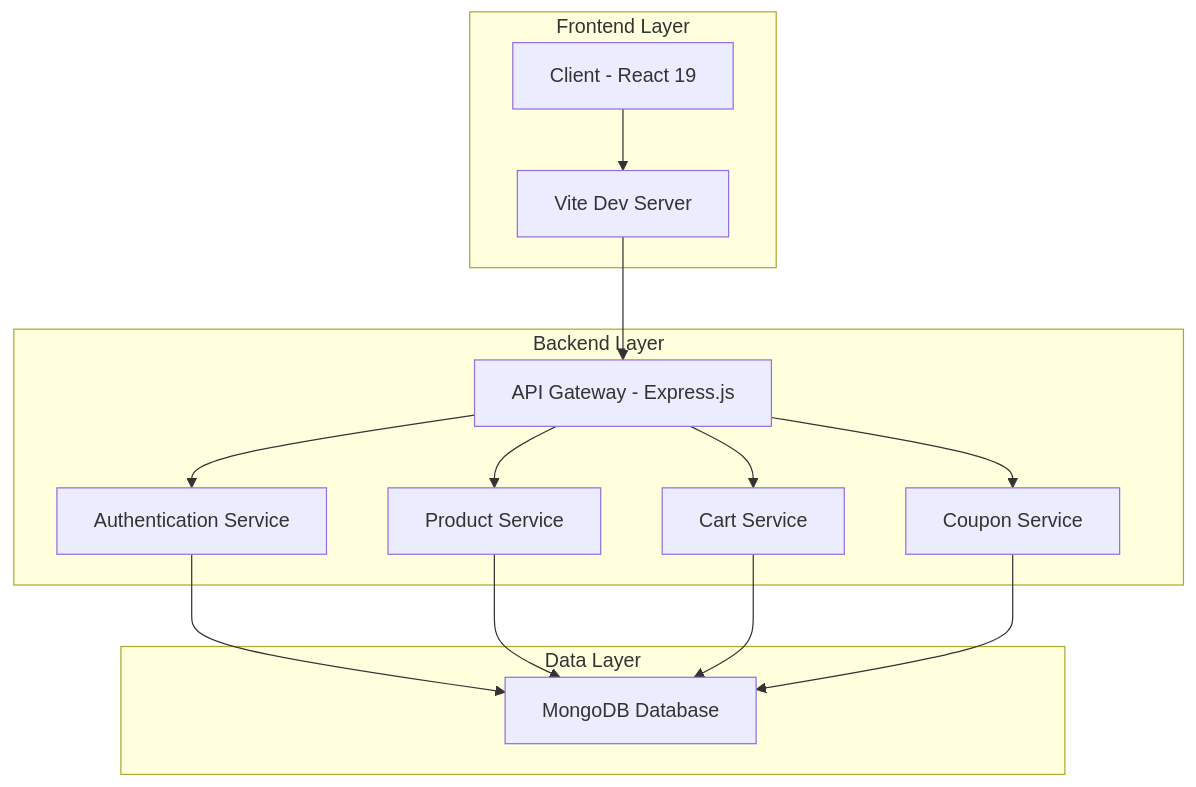
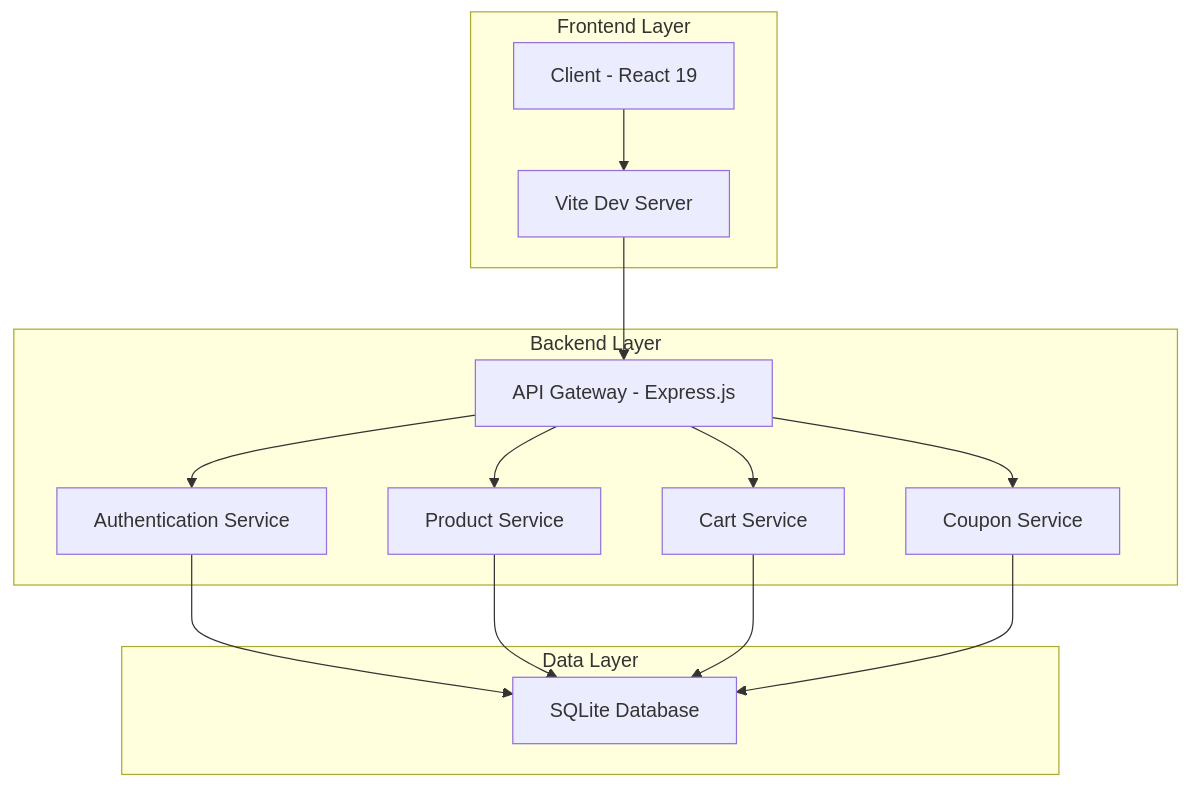
Before and after one commit to bmontes93/Sheinclon: the diagram in README.md, drawn with Mermaid. The commit also changed other lines of this file, not shown here.

Commit message:
docs: update README with SQLite and TypeORM details

````diff
--- a/README.md
+++ b/README.md
@@ -44,30 +44,30 @@
 ```mermaid
 graph TB
     A[Client - React 19] --> B[Vite Dev Server]
     B --> C[API Gateway - Express.js]
     C --> D[Authentication Service]
     C --> E[Product Service]
     C --> F[Cart Service]
     C --> G[Coupon Service]
-    D --> H[MongoDB Database]
+    D --> H[SQLite Database]
     E --> H
     F --> H
     G --> H
 
     subgraph "Frontend Layer"
         A
         B
     end
 
     subgraph "Backend Layer"
         C
         D
         E
         F
         G
     end
 
     subgraph "Data Layer"
         H
     end
 ```
````
